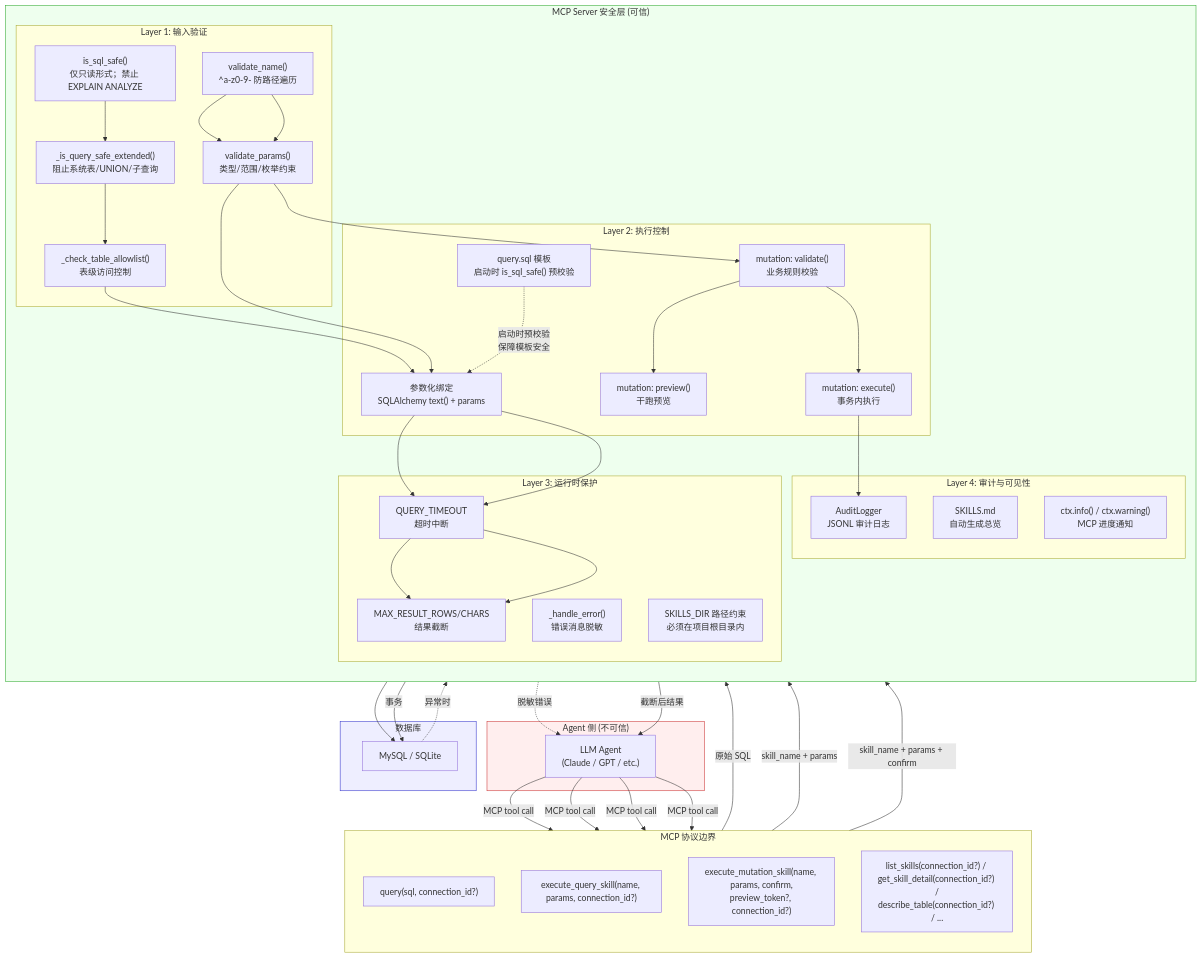
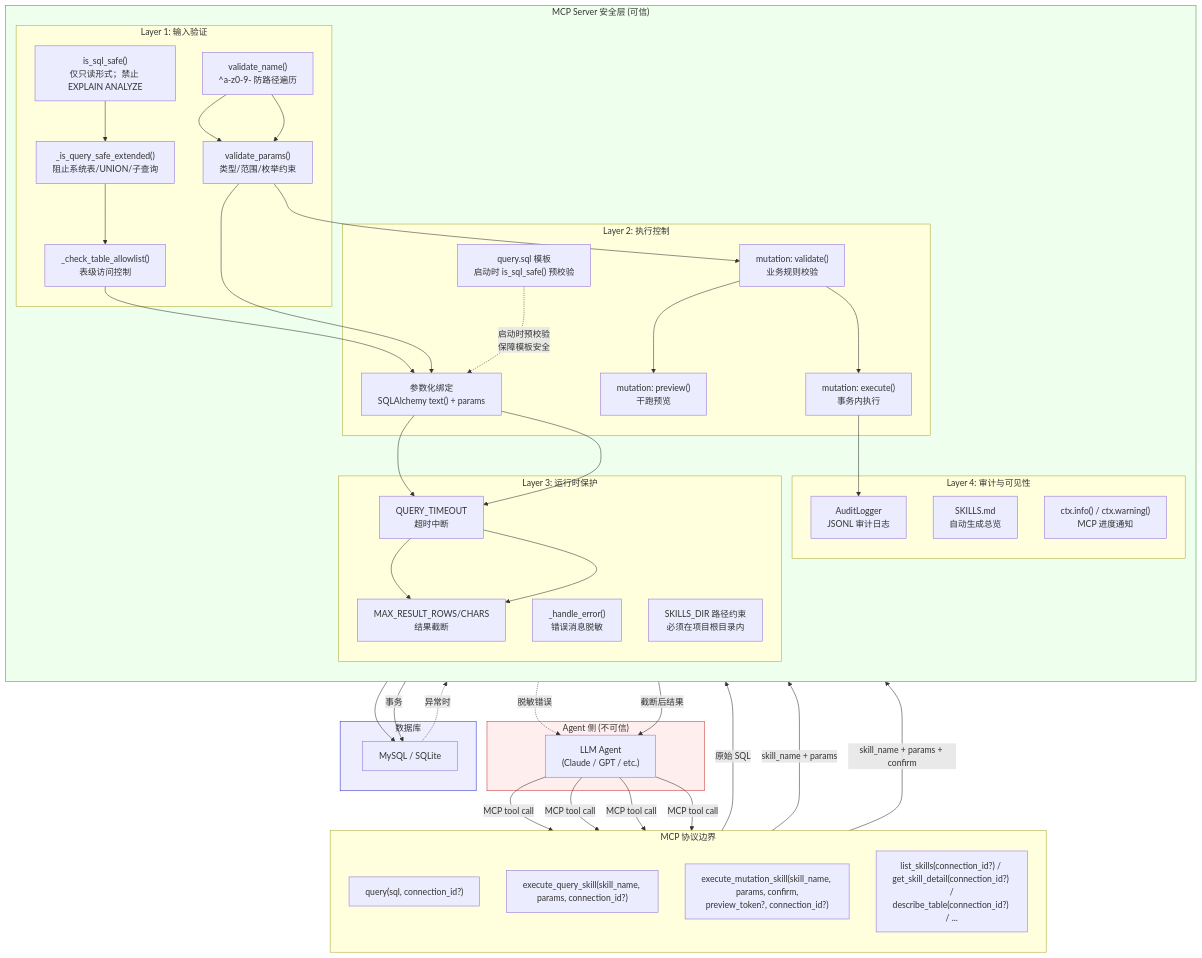
One commit to Firstmeridian/llm-sql-safety-executor-mcp changed the first of 3 diagrams in README_ZH.md. Above: the diagram before and after it, drawn with Mermaid. The commit also changed other lines of this file and 31 other files, not shown here.

````diff
--- a/README_ZH.md
+++ b/README_ZH.md
@@ -305,70 +305,70 @@
 ```mermaid
 flowchart TB
     subgraph Agent["Agent 侧 (不可信)"]
         A1["LLM Agent<br/>(Claude / GPT / etc.)"]
     end
 
     subgraph MCP["MCP 协议边界"]
         direction TB
         T1["query(sql, connection_id?)"]
-        T2["execute_query_skill(name, params, connection_id?)"]
-        T3["execute_mutation_skill(name, params, confirm,<br/>preview_token?, connection_id?)"]
+        T2["execute_query_skill(skill_name, params, connection_id?)"]
+        T3["execute_mutation_skill(skill_name, params, confirm,<br/>preview_token?, connection_id?)"]
         T4["list_skills(connection_id?) / get_skill_detail(connection_id?) /<br/>describe_table(connection_id?) / ..."]
     end
 
     subgraph Server["MCP Server 安全层 (可信)"]
         direction TB
 
         subgraph S1["Layer 1: 输入验证"]
             V1["is_sql_safe()<br/>仅只读形式；禁止 EXPLAIN ANALYZE"]
             V2["_is_query_safe_extended()<br/>阻止系统表/UNION/子查询"]
             V3["_check_table_allowlist()<br/>表级访问控制"]
             V4["validate_name()<br/>^a-z0-9- 防路径遍历"]
             V5["validate_params()<br/>类型/范围/枚举约束"]
         end
 
         subgraph S2["Layer 2: 执行控制"]
             E1["query.sql 模板<br/>启动时 is_sql_safe() 预校验"]
             E2["参数化绑定<br/>SQLAlchemy text() + params"]
             E3["mutation: validate()<br/>业务规则校验"]
             E4["mutation: preview()<br/>干跑预览"]
             E5["mutation: execute()<br/>事务内执行"]
         end
 
         subgraph S3["Layer 3: 运行时保护"]
             R1["QUERY_TIMEOUT<br/>超时中断"]
             R2["MAX_RESULT_ROWS/CHARS<br/>结果截断"]
             R3["_handle_error()<br/>错误消息脱敏"]
             R4["SKILLS_DIR 路径约束<br/>必须在项目根目录内"]
         end
 
         subgraph S4["Layer 4: 审计与可见性"]
             AU1["AuditLogger<br/>JSONL 审计日志"]
             AU2["SKILLS.md<br/>自动生成总览"]
             AU3["ctx.info() / ctx.warning()<br/>MCP 进度通知"]
         end
     end
 
     subgraph DB["数据库"]
         DB1["MySQL / SQLite"]
     end
 
     A1 -->|"MCP tool call"| T1 & T2 & T3 & T4
 
     T1 -->|"原始 SQL"| V1 --> V2 --> V3 --> E2 --> R1 --> R2
     T2 -->|"skill_name + params"| V4 --> V5 --> E2 --> R1 --> R2
     E1 -.->|"启动时预校验<br/>保障模板安全"| E2
     T3 -->|"skill_name + params + confirm"| V4 --> V5 --> E3 --> E4 & E5
 
     E2 --> DB1
     E5 -->|"事务"| DB1
     E5 --> AU1
 
     DB1 -.->|"异常时"| R3 -.->|"脱敏错误"| A1
     R2 -->|"截断后结果"| A1
 
     style Agent fill:#fee,stroke:#c33
     style Server fill:#efe,stroke:#3a3
     style DB fill:#eef,stroke:#33c
     style MCP fill:#ffd,stroke:#aa3
 ```
````
